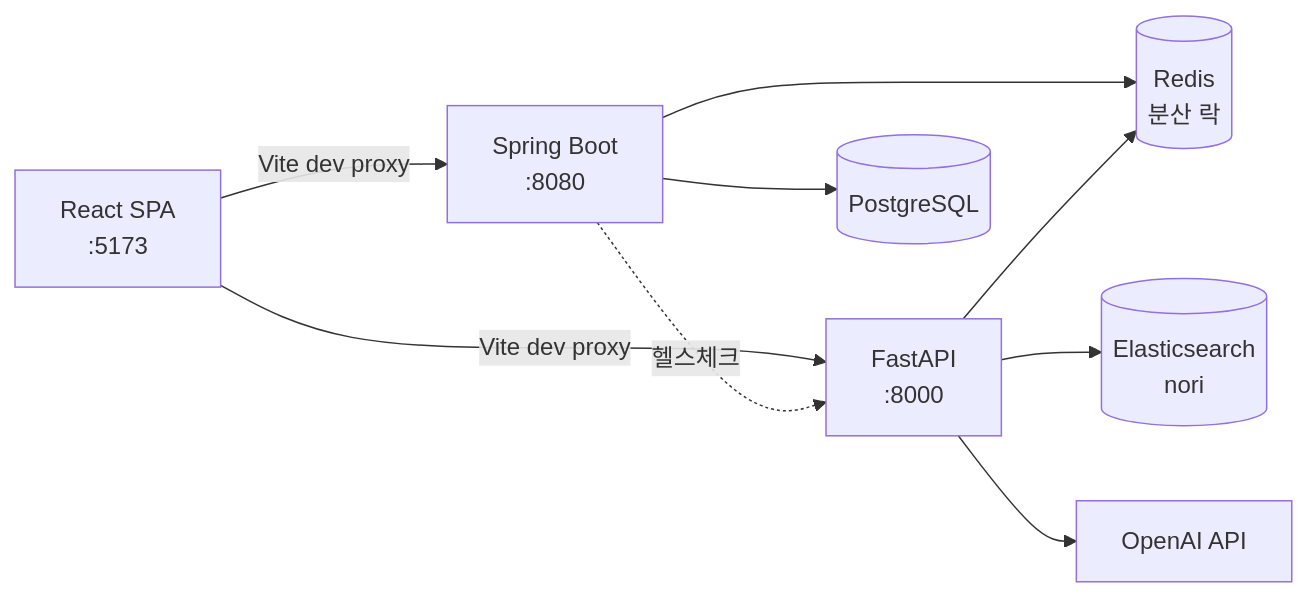
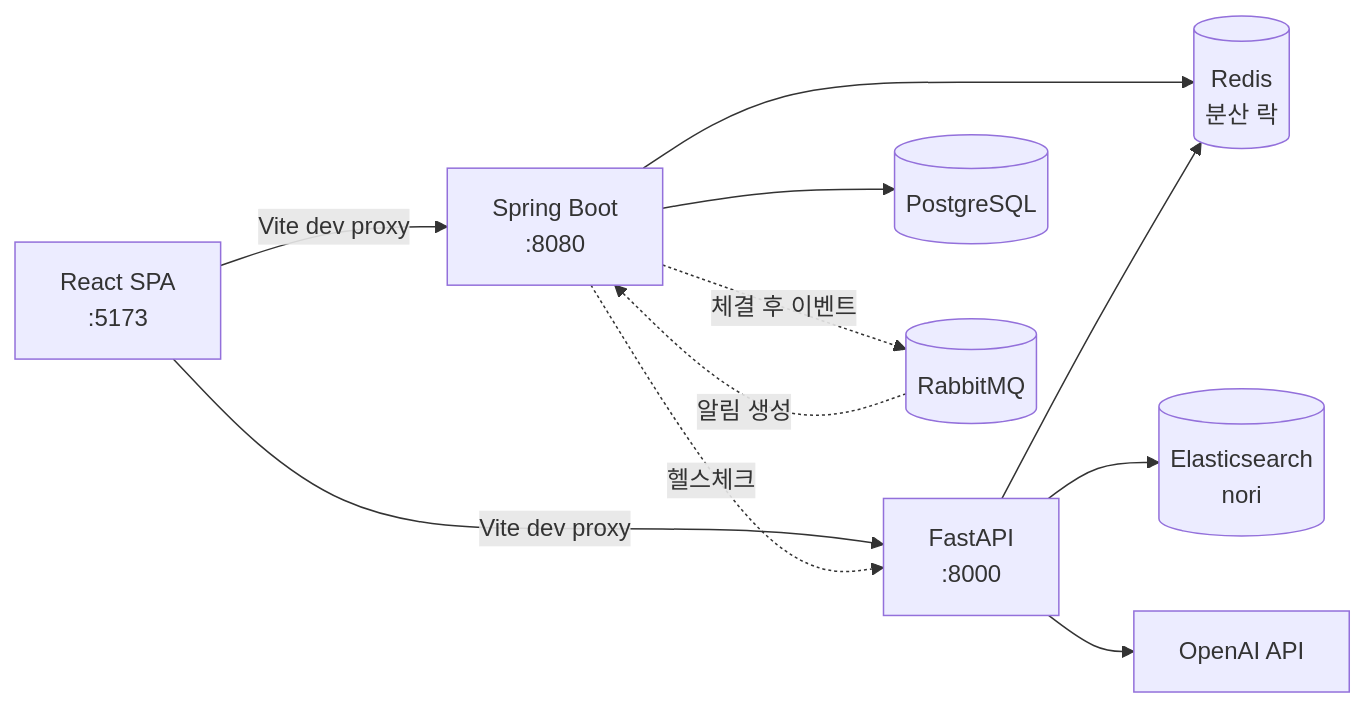
The second of 2 diagrams in README.md (blacktaione2/game-item-marketplace-ai), drawn with Mermaid before and after one commit. The commit also changed other lines of this file and 26 other files, not shown here.

````diff
--- a/README.md
+++ b/README.md
@@ -60,11 +62,13 @@
 ```mermaid
 flowchart LR
     FE[React SPA<br/>:5173] -->|Vite dev proxy| BE[Spring Boot<br/>:8080]
     FE -->|Vite dev proxy| AI[FastAPI<br/>:8000]
     BE --> PG[(PostgreSQL)]
     BE --> RD[(Redis<br/>분산 락)]
     BE -.헬스체크.-> AI
     AI --> ES[(Elasticsearch<br/>nori)]
     AI --> RD
     AI --> LLM[OpenAI API]
+    BE -.체결 후 이벤트.-> MQ[(RabbitMQ)]
+    MQ -.알림 생성.-> BE
 ```
````
